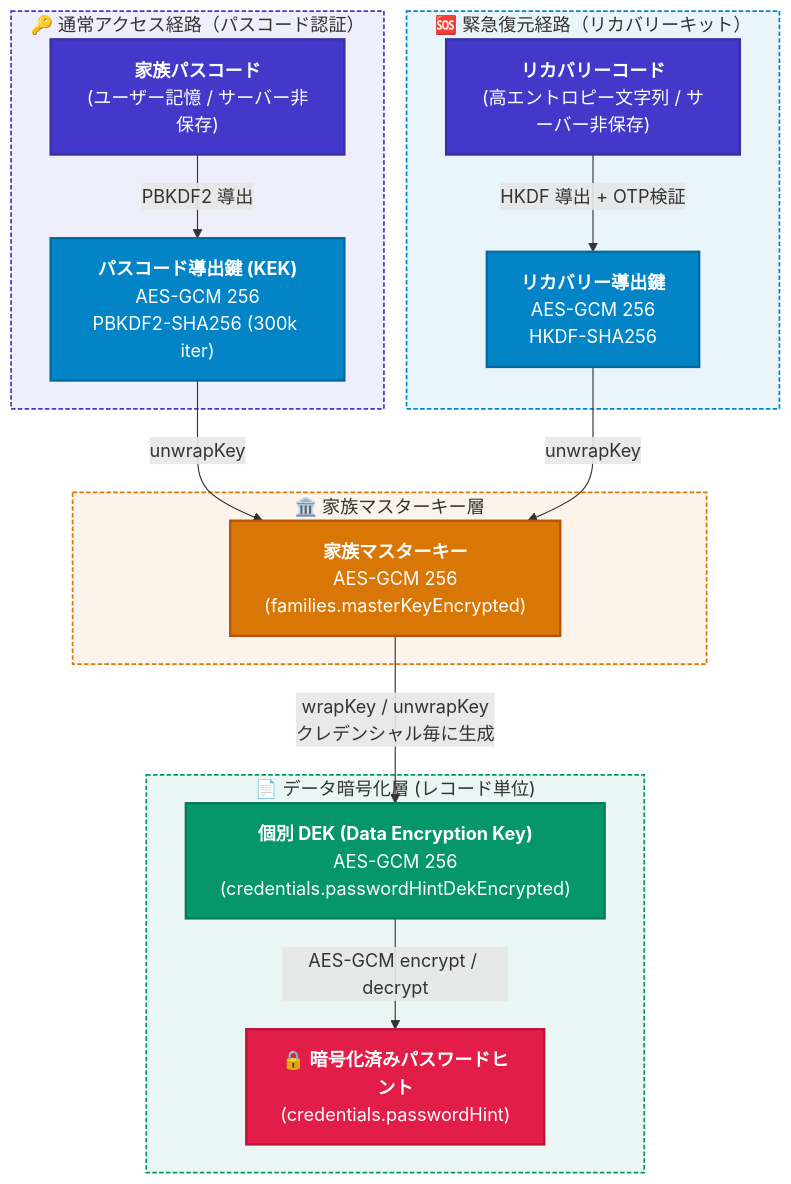
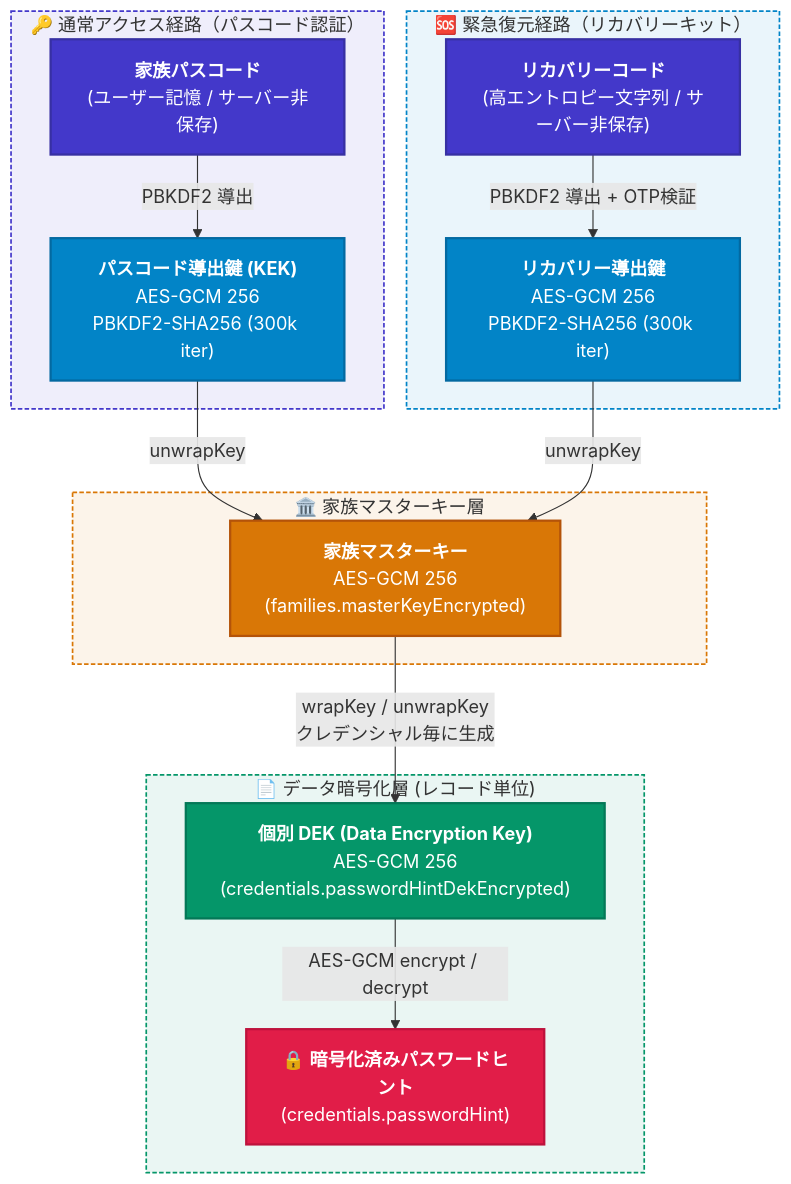
Before and after one commit to luthpg/poohma: the first of 2 diagrams in .docs/security/e2ee.md, drawn with Mermaid. The commit also changed other lines of this file and 60 other files, not shown here.

````diff
--- a/.docs/security/e2ee.md
+++ b/.docs/security/e2ee.md
@@ -11,45 +11,45 @@
 ```mermaid
 flowchart TB
     %% ==========================================
     %% Theme & Class Definitions (Dark/Light Safe)
     %% ==========================================
     classDef inputNode fill:#4338ca,stroke:#3730a3,stroke-width:2px,color:#ffffff;
     classDef derivedNode fill:#0284c7,stroke:#0369a1,stroke-width:2px,color:#ffffff;
     classDef masterNode fill:#d97706,stroke:#b45309,stroke-width:2px,color:#ffffff;
     classDef dekNode fill:#059669,stroke:#047857,stroke-width:2px,color:#ffffff;
     classDef hintNode fill:#e11d48,stroke:#be123c,stroke-width:2px,color:#ffffff;
 
     subgraph PasscodeFlow["🔑 通常アクセス経路（パスコード認証）"]
         Passcode["<b>家族パスコード</b><br/>(ユーザー記憶 / サーバー非保存)"]:::inputNode
         KEK["<b>パスコード導出鍵 (KEK)</b><br/>AES-GCM 256<br/>PBKDF2-SHA256 (300k iter)"]:::derivedNode
     end
 
     subgraph RecoveryFlow["🆘 緊急復元経路（リカバリーキット）"]
         RecoveryCode["<b>リカバリーコード</b><br/>(高エントロピー文字列 / サーバー非保存)"]:::inputNode
-        RK["<b>リカバリー導出鍵</b><br/>AES-GCM 256<br/>HKDF-SHA256"]:::derivedNode
+        RK["<b>リカバリー導出鍵</b><br/>AES-GCM 256<br/>PBKDF2-SHA256 (300k iter)"]:::derivedNode
     end
 
     subgraph MasterKeyLayer["🏛️ 家族マスターキー層"]
         MK["<b>家族マスターキー</b><br/>AES-GCM 256<br/>(families.masterKeyEncrypted)"]:::masterNode
     end
 
     subgraph DataEncryptionLayer["📄 データ暗号化層 (レコード単位)"]
         DEK["<b>個別 DEK (Data Encryption Key)</b><br/>AES-GCM 256<br/>(credentials.passwordHintDekEncrypted)"]:::dekNode
         Hint["🔒 <b>暗号化済みパスワードヒント</b><br/>(credentials.passwordHint)"]:::hintNode
     end
 
     Passcode -->|PBKDF2 導出| KEK
     KEK -->|unwrapKey| MK
 
-    RecoveryCode -->|HKDF 導出 + OTP検証| RK
+    RecoveryCode -->|PBKDF2 導出 + OTP検証| RK
     RK -->|unwrapKey| MK
 
     MK -->|wrapKey / unwrapKey<br/>クレデンシャル毎に生成| DEK
     DEK -->|AES-GCM encrypt / decrypt| Hint
 
     %% Subgraph Styling
     style PasscodeFlow fill:#4338ca15,stroke:#4338ca,stroke-width:1.5px,stroke-dasharray: 4 2;
     style RecoveryFlow fill:#0284c715,stroke:#0284c7,stroke-width:1.5px,stroke-dasharray: 4 2;
     style MasterKeyLayer fill:#d9770615,stroke:#d97706,stroke-width:1.5px,stroke-dasharray: 4 2;
     style DataEncryptionLayer fill:#05966915,stroke:#059669,stroke-width:1.5px,stroke-dasharray: 4 2;
 ```
````
